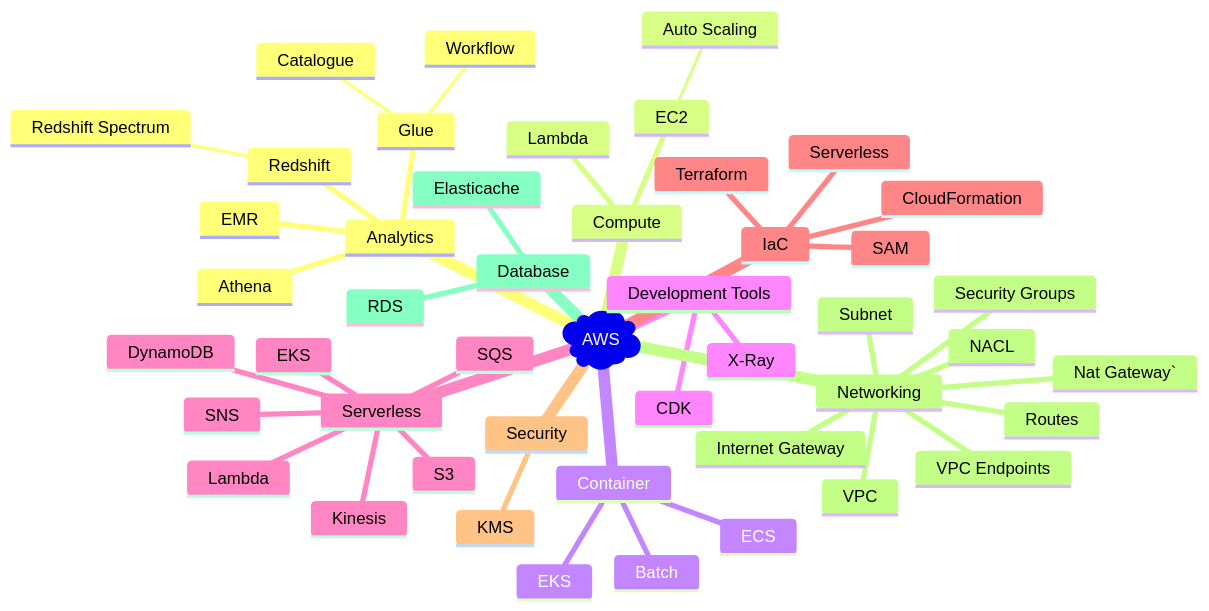
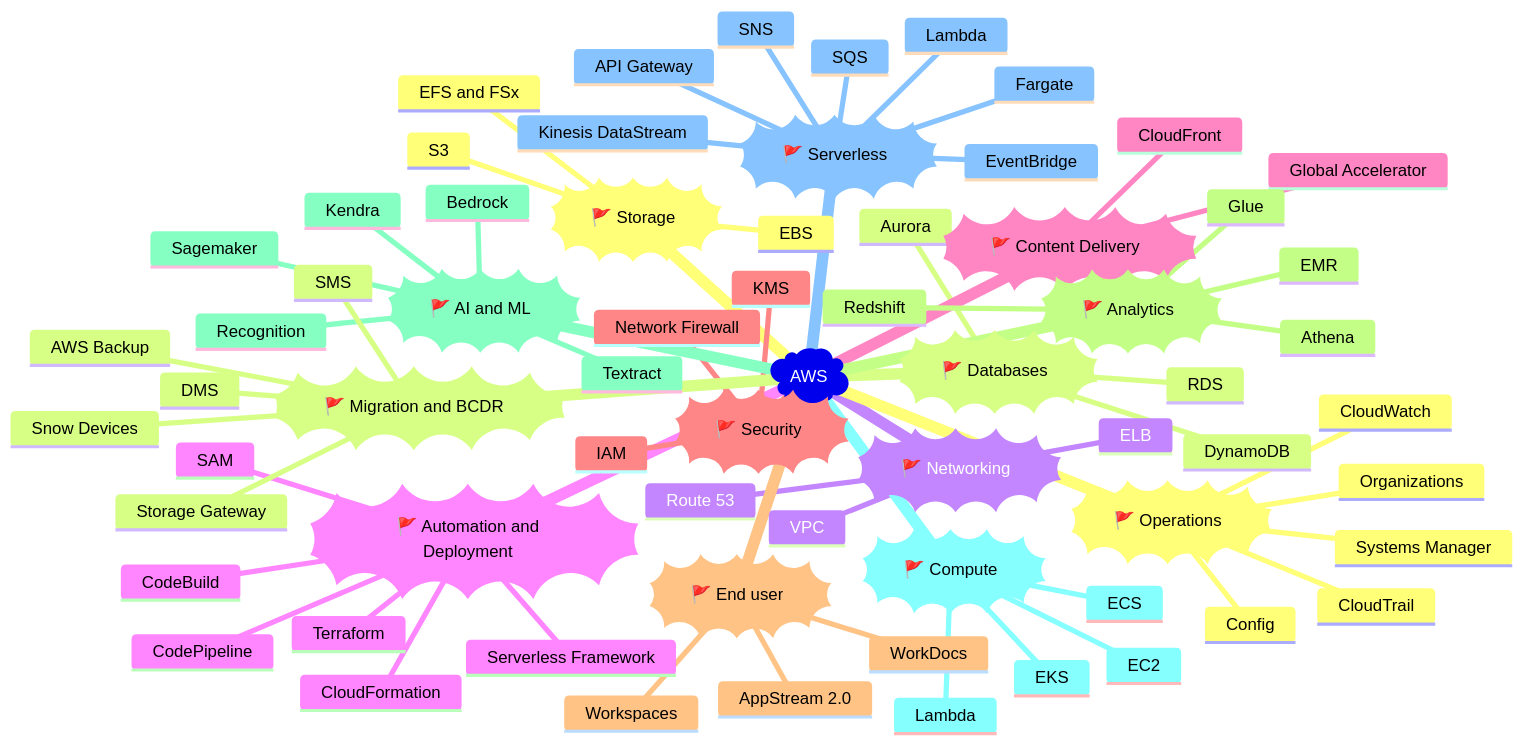
Before and after one commit to subhamay-bhattacharyya/.github: the diagram in profile/README.md, drawn with Mermaid.

Commit message:
Subhamay Bhattacharyya Profile - commit-40.

````diff
--- a/profile/README.md
+++ b/profile/README.md
@@ -4,52 +4,74 @@
 ```mermaid
 mindmap
-  id)AWS(
-    Analytics
+  )AWS(
+    )) 🚩 Storage((
+      S3
+      EBS
+      EFS and FSx
+    )) 🚩 Databases((
+      RDS
+      Aurora
+      DynamoDB
+    )) 🚩 Networking((
+      VPC
+      ELB 
+      Route 53
+    )) 🚩 Automation and Deployment((
+      CloudFormation
+      CodeBuild
+      CodePipeline
+      Terraform
+      SAM
+      Serverless Framework
+    )) 🚩 Content Delivery((
+      CloudFront
+      Global Accelerator
+    )) 🚩 Security((
+      IAM
+      KMS
+      Network Firewall
+    )) 🚩 End user((
+      Workspaces
+      AppStream 2.0
+      WorkDocs
+    )) 🚩 Analytics((
+      Glue
+      Athena
       Redshift
-        Redshift Spectrum 
-      Athena
-      Glue
-        Catalogue
-        Workflow
       EMR
-    Compute
+    )) 🚩 AI and ML((
+      Bedrock
+      Sagemaker
+      Recognition
+      Kendra
+      Textract
+    )) 🚩 Compute((
+      EC2
       Lambda
-      EC2
-        Auto Scaling
-    Container
-      ECS
+      ECS 
       EKS
-      Batch
-    Development Tools
-      X-Ray
-      CDK
-    Serverless
-      Lambda
-      EKS
-      Kinesis
-      S3
-      SNS
+    )) 🚩 Serverless((
+      Lambda 
+      SNS 
       SQS
-      DynamoDB
-    IaC
-      CloudFormation
-      SAM
-      Terraform
-      Serverless
-    Security
-      KMS
-    Networking
-      VPC
-      Subnet
-      Routes
-      Internet Gateway
-      Nat Gateway`
-      VPC Endpoints
-      NACL
-      Security Groups
-    Database
-      RDS
-      Elasticache
+      EventBridge
+      Kinesis DataStream
+      API Gateway
+      Fargate
+    )) 🚩 Operations((
+      Systems Manager
+      Organizations
+      CloudTrail
+      Config
+      CloudWatch
+    )) 🚩 Migration and BCDR((
+      DMS 
+      SMS 
+      Snow Devices 
+      AWS Backup 
+      Storage Gateway
+
+    
 
 
 ```
````
